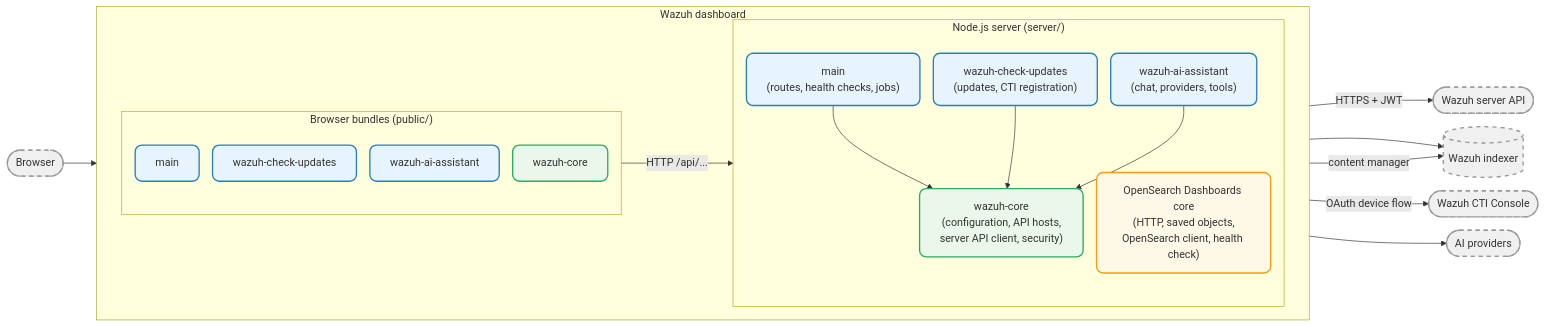
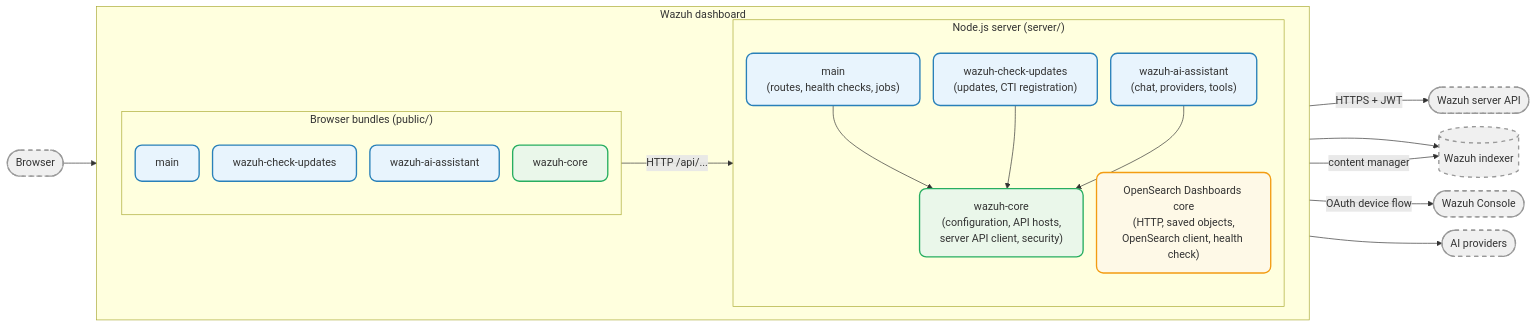
Before and after one commit to wazuh/wazuh-dashboard-plugins: the diagram in docs/ref/architecture.md, drawn with Mermaid. The commit also changed other lines of this file and 20 other files, not shown here.

Commit message:
Name the console Wazuh Console everywhere

````diff
--- a/docs/ref/architecture.md
+++ b/docs/ref/architecture.md
@@ -11,56 +11,56 @@
 ```mermaid
 ---
 config:
   title: "Wazuh dashboard plugins"
   flowchart:
     nodeSpacing: 20
     rankSpacing: 50
 ---
 flowchart LR
 
 classDef ext fill:#f0f0f0,stroke:#999,stroke-width:2px,stroke-dasharray:6px,rx:10
 classDef p fill:#e8f4fd,stroke:#2980b9,stroke-width:2px,rx:10
 classDef c fill:#eaf7ea,stroke:#27ae60,stroke-width:2px,rx:10
 classDef o fill:#fef9e7,stroke:#f39c12,stroke-width:2px,rx:10
 
 user(["Browser"]):::ext
 
 subgraph dashboard["Wazuh dashboard"]
   direction LR
 
   subgraph browser["Browser bundles (public/)"]
     direction TB
     mainP["main"]:::p
     cuP["wazuh-check-updates"]:::p
     aiP["wazuh-ai-assistant"]:::p
     coreP["wazuh-core"]:::c
   end
 
   subgraph node["Node.js server (server/)"]
     direction TB
     mainS["main<br/>(routes, health checks, jobs)"]:::p
     cuS["wazuh-check-updates<br/>(updates, CTI registration)"]:::p
     aiS["wazuh-ai-assistant<br/>(chat, providers, tools)"]:::p
     coreS["wazuh-core<br/>(configuration, API hosts,<br/>server API client, security)"]:::c
     osd["OpenSearch Dashboards core<br/>(HTTP, saved objects,<br/>OpenSearch client, health check)"]:::o
   end
 end
 
 indexer[("Wazuh indexer")]:::ext
 api(["Wazuh server API"]):::ext
-cti(["Wazuh CTI Console"]):::ext
+cti(["Wazuh Console"]):::ext
 llm(["AI providers"]):::ext
 
 user --> browser
 browser -->|HTTP /api/...| node
 
 mainS --> coreS
 cuS --> coreS
 aiS --> coreS
 
 coreS -->|HTTPS + JWT| api
 osd --> indexer
 cuS -->|content manager| indexer
 cuS -->|OAuth device flow| cti
 aiS --> llm
 ```
````
